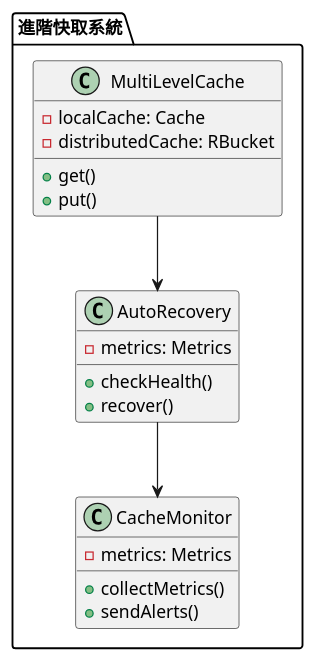
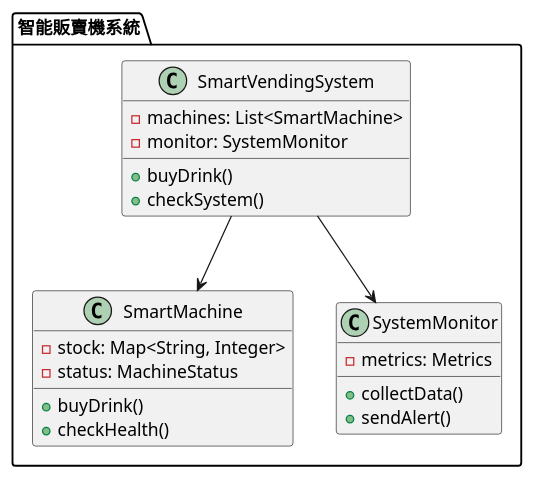
The third of 3 diagrams in doc/learning/architecture/cache_avalanche_tutorial.md (fine5351/info-sync), drawn with PlantUML before and after one commit. The commit also changed other lines of this file and 35 other files, not shown here.

````diff
--- a/doc/learning/architecture/cache_avalanche_tutorial.md
+++ b/doc/learning/architecture/cache_avalanche_tutorial.md
@@ -360,27 +234,28 @@
 ```plantuml
 @startuml
-package "進階快取系統" {
-    class MultiLevelCache {
-        - localCache: Cache
-        - distributedCache: RBucket
-        + get()
-        + put()
+package "智能販賣機系統" {
+    class SmartVendingSystem {
+        - machines: List<SmartMachine>
+        - monitor: SystemMonitor
+        + buyDrink()
+        + checkSystem()
     }
     
-    class AutoRecovery {
-        - metrics: Metrics
+    class SmartMachine {
+        - stock: Map<String, Integer>
+        - status: MachineStatus
+        + buyDrink()
         + checkHealth()
-        + recover()
     }
     
-    class CacheMonitor {
+    class SystemMonitor {
         - metrics: Metrics
-        + collectMetrics()
-        + sendAlerts()
+        + collectData()
+        + sendAlert()
     }
 }
 
-MultiLevelCache --> AutoRecovery
-AutoRecovery --> CacheMonitor
+SmartVendingSystem --> SmartMachine
+SmartVendingSystem --> SystemMonitor
 @enduml
 ```
````
